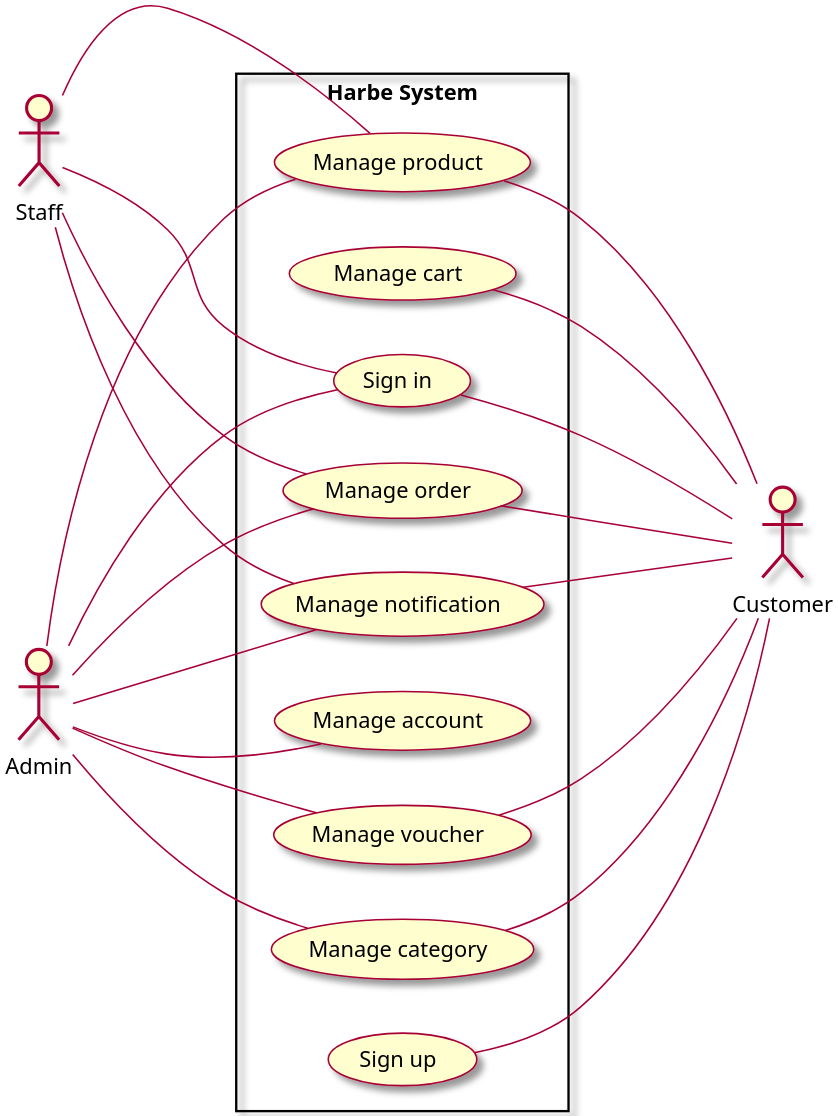
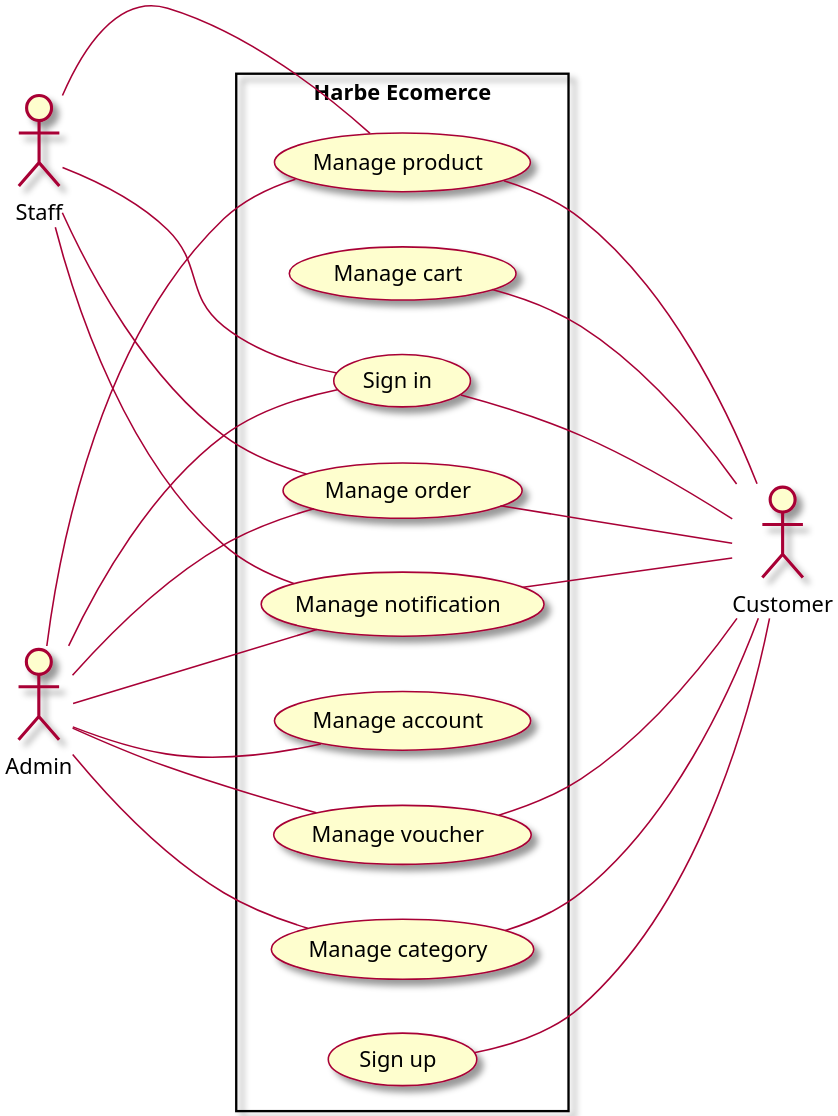
Before and after one commit to Marowota/ecommerce-plantuml: the diagram in Usecase/0. GeneralUsecase.puml, drawn with PlantUML. The commit also changed 1 other file, not shown here.

Commit message:
add act diagram 1

```diff
--- a/Usecase/0. GeneralUsecase.puml
+++ b/Usecase/0. GeneralUsecase.puml
@@ -1,47 +1,46 @@
 @startuml GeneralUsecase
 skin rose
 scale 3
 
 left to right direction
 
 actor Admin as admin
 actor Customer as customer
 actor Staff as staff
 
-rectangle "Harbe System" {
+rectangle "Harbe Ecomerce" {
     usecase (Manage product) as qlsp
     usecase (Manage cart) as qlgh
     usecase (Manage category) as qldmsp
     usecase (Manage order) as qlddh
     usecase (Manage account) as qlnd
     usecase (Manage voucher) as qlmgg
     usecase (Manage notification) as qltb
     usecase (Sign in) as dn
     usecase (Sign up) as dk
-
 }
 
 admin --- qlsp
 admin --- qldmsp
 admin --- qlddh
 admin --- qlnd
 admin --- qlmgg
 admin --- dn
 admin --- qltb
 
 qlsp --- customer
 qlgh --- customer
 qldmsp --- customer
 qlddh --- customer
 qlmgg --- customer
 dn --- customer
 dk --- customer
 qltb --- customer
 
 staff - qlsp
 staff --- qlddh
 staff --- dn
 staff --- qltb
 
 
 @enduml
```
